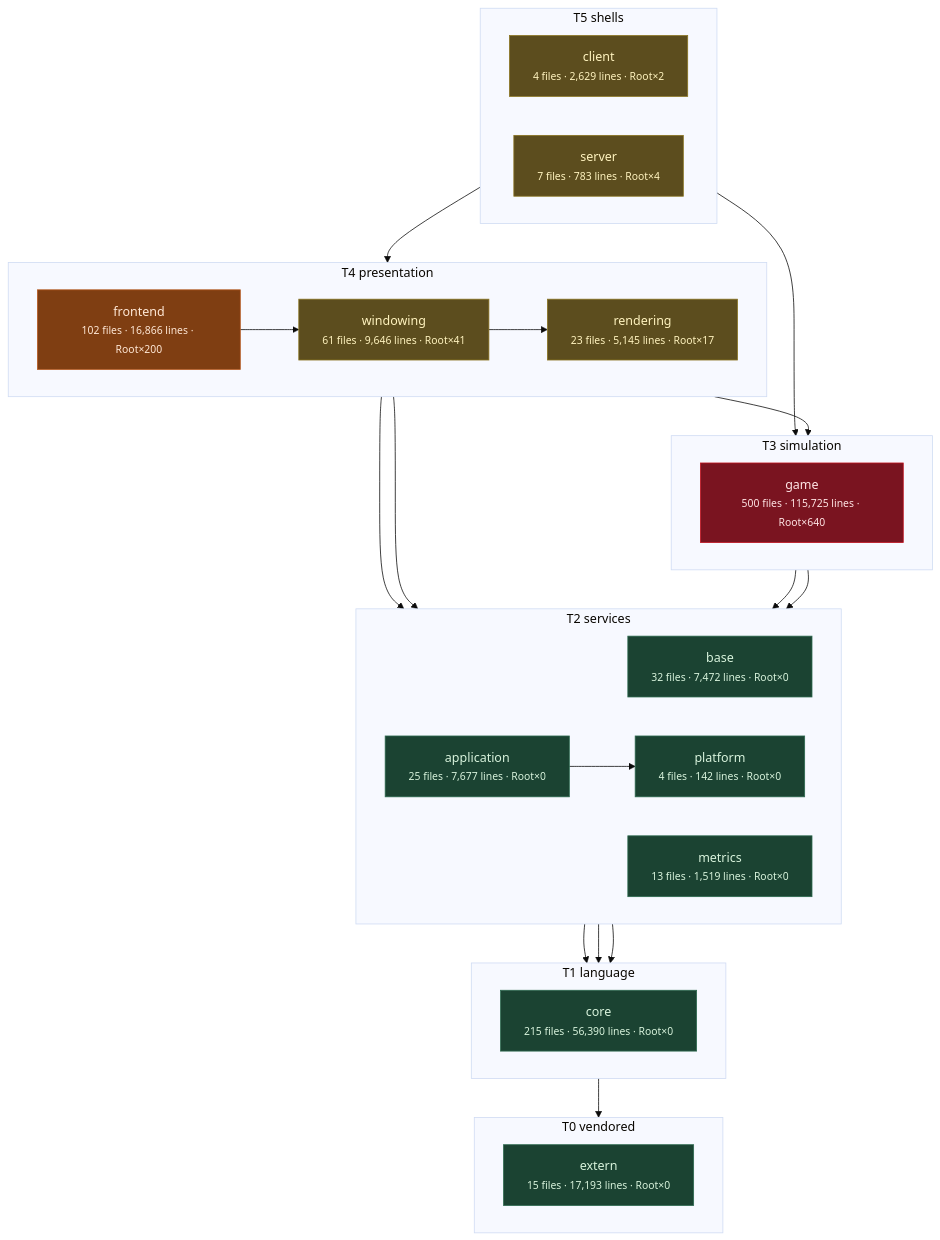
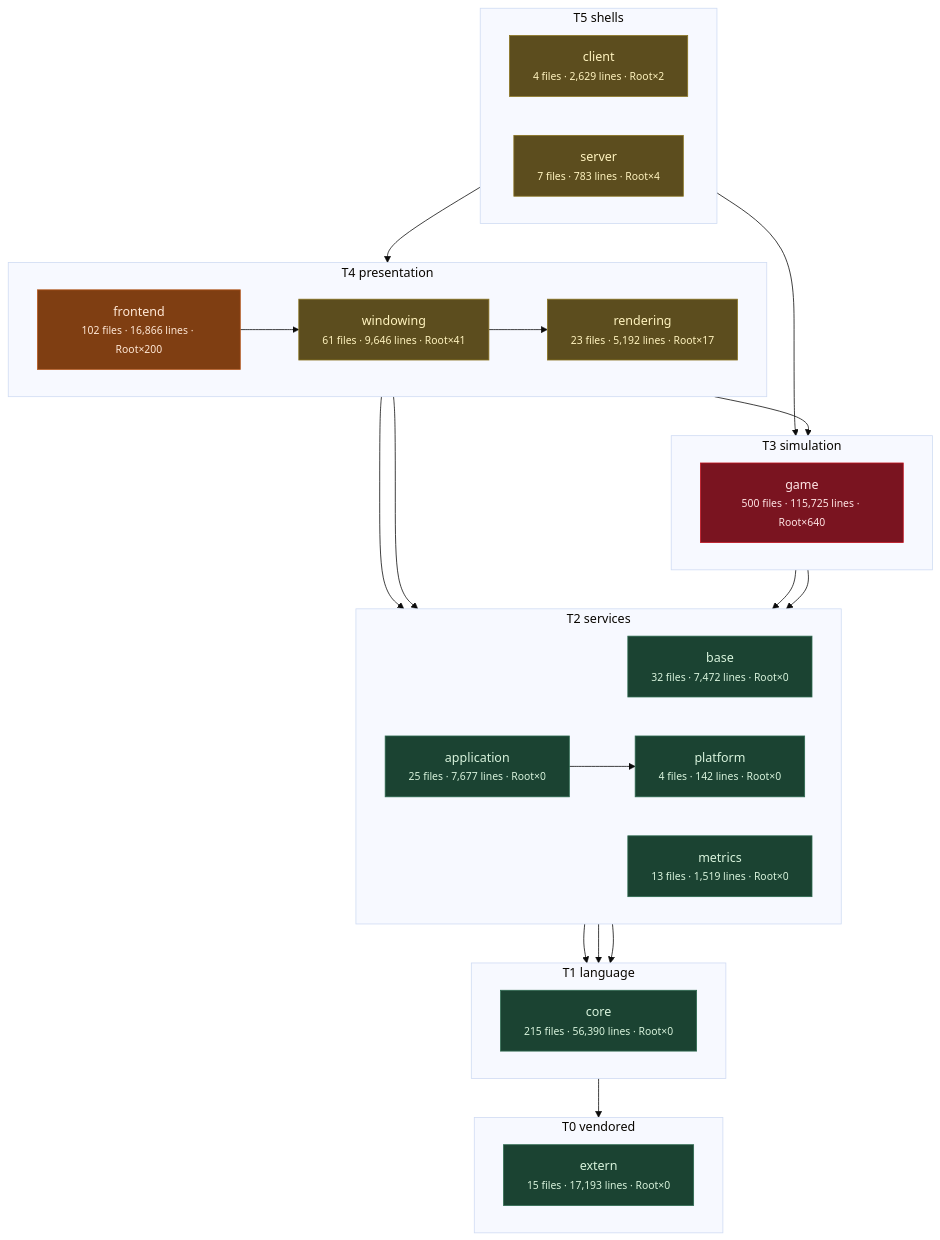
Before and after one commit to apnex/OpenStarbound: the third of 11 diagrams in docs/architecture/system-boundaries.md, drawn with Mermaid (base theme). The commit also changed other lines of this file and 3 other files, not shown here.

````diff
--- a/docs/architecture/system-boundaries.md
+++ b/docs/architecture/system-boundaries.md
@@ -271,55 +271,55 @@
 ```mermaid
 flowchart TD
   subgraph T0["T0 vendored"]
     direction LR
     extern["extern<br/><small>15 files · 17,193 lines · Root×0</small>"]
   end
   subgraph T1["T1 language"]
     direction LR
     core["core<br/><small>215 files · 56,390 lines · Root×0</small>"]
   end
   subgraph T2["T2 services"]
     direction LR
     base["base<br/><small>32 files · 7,472 lines · Root×0</small>"]
     metrics["metrics<br/><small>13 files · 1,519 lines · Root×0</small>"]
     platform["platform<br/><small>4 files · 142 lines · Root×0</small>"]
     application["application<br/><small>25 files · 7,677 lines · Root×0</small>"]
   end
   subgraph T3["T3 simulation"]
     direction LR
     game["game<br/><small>500 files · 115,725 lines · Root×640</small>"]
   end
   subgraph T4["T4 presentation"]
     direction LR
-    rendering["rendering<br/><small>23 files · 5,145 lines · Root×17</small>"]
+    rendering["rendering<br/><small>23 files · 5,192 lines · Root×17</small>"]
     windowing["windowing<br/><small>61 files · 9,646 lines · Root×41</small>"]
     frontend["frontend<br/><small>102 files · 16,866 lines · Root×200</small>"]
   end
   subgraph T5["T5 shells"]
     direction LR
     client["client<br/><small>4 files · 2,629 lines · Root×2</small>"]
     server["server<br/><small>7 files · 783 lines · Root×4</small>"]
   end
   core --> extern
   base --> core
   metrics --> core
   platform --> core
   application --> platform
   game --> base
   game --> platform
   rendering --> application
   rendering --> game
   windowing --> rendering
   frontend --> metrics
   frontend --> windowing
   client --> frontend
   server --> game
   classDef clean fill:#1b4332,stroke:#2d6a4f,color:#d8f3dc
   classDef warm  fill:#5c4d1e,stroke:#8a7420,color:#fff3bf
   classDef hot   fill:#7f3e12,stroke:#b5561b,color:#ffe8d6
   classDef blaze fill:#7a1420,stroke:#c1121f,color:#ffe5e5
   class extern,core,base,metrics,platform,application clean
   class rendering,windowing,client,server warm
   class frontend hot
   class game blaze
 ```
````
